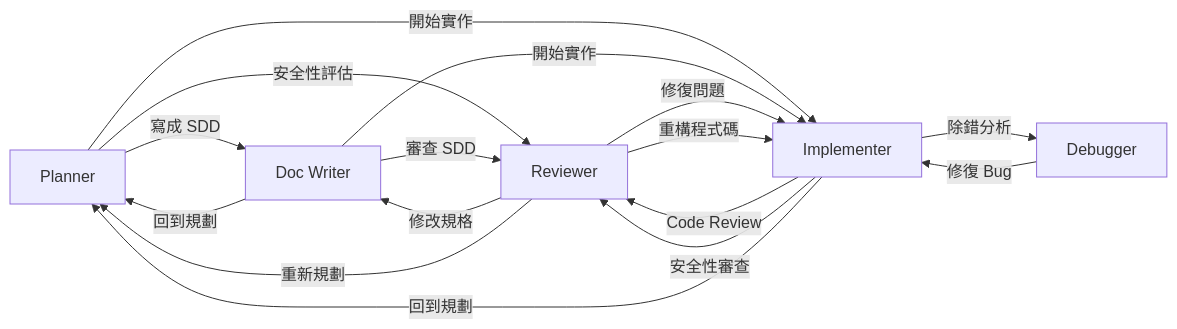
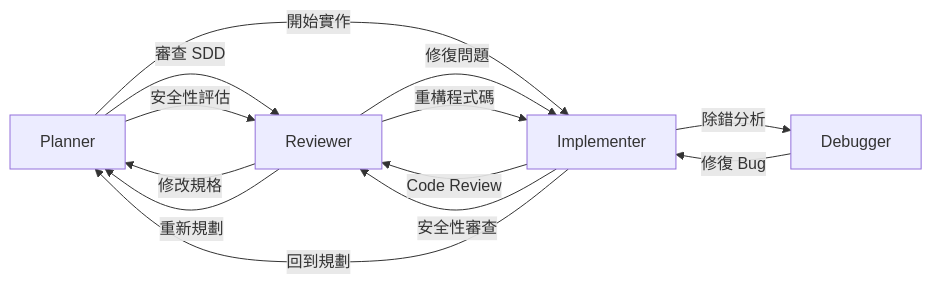
The first of 3 diagrams in README.zh-TW.md (zexion7873/copilot-setting), drawn with Mermaid before and after one commit. The commit also changed other lines of this file and 11 other files, not shown here.

First line of the commit message:
refactor(agents): remove doc-writer, absorb into planner

````diff
--- a/README.zh-TW.md
+++ b/README.zh-TW.md
@@ -146,22 +144,18 @@
 ```mermaid
 flowchart LR
-    Planner -->|"寫成 SDD"| DocWriter[Doc Writer]
+    Planner -->|"審查 SDD"| Reviewer
     Planner -->|"開始實作"| Implementer
     Planner -->|"安全性評估"| Reviewer
-
-    DocWriter -->|"審查 SDD"| Reviewer
-    DocWriter -->|"開始實作"| Implementer
-    DocWriter -->|"回到規劃"| Planner
 
     Implementer -->|"Code Review"| Reviewer
     Implementer -->|"安全性審查"| Reviewer
     Implementer -->|"除錯分析"| Debugger
     Implementer -->|"回到規劃"| Planner
 
     Reviewer -->|"修復問題"| Implementer
     Reviewer -->|"重構程式碼"| Implementer
-    Reviewer -->|"修改規格"| DocWriter
+    Reviewer -->|"修改規格"| Planner
     Reviewer -->|"重新規劃"| Planner
 
     Debugger -->|"修復 Bug"| Implementer
 ```
````
